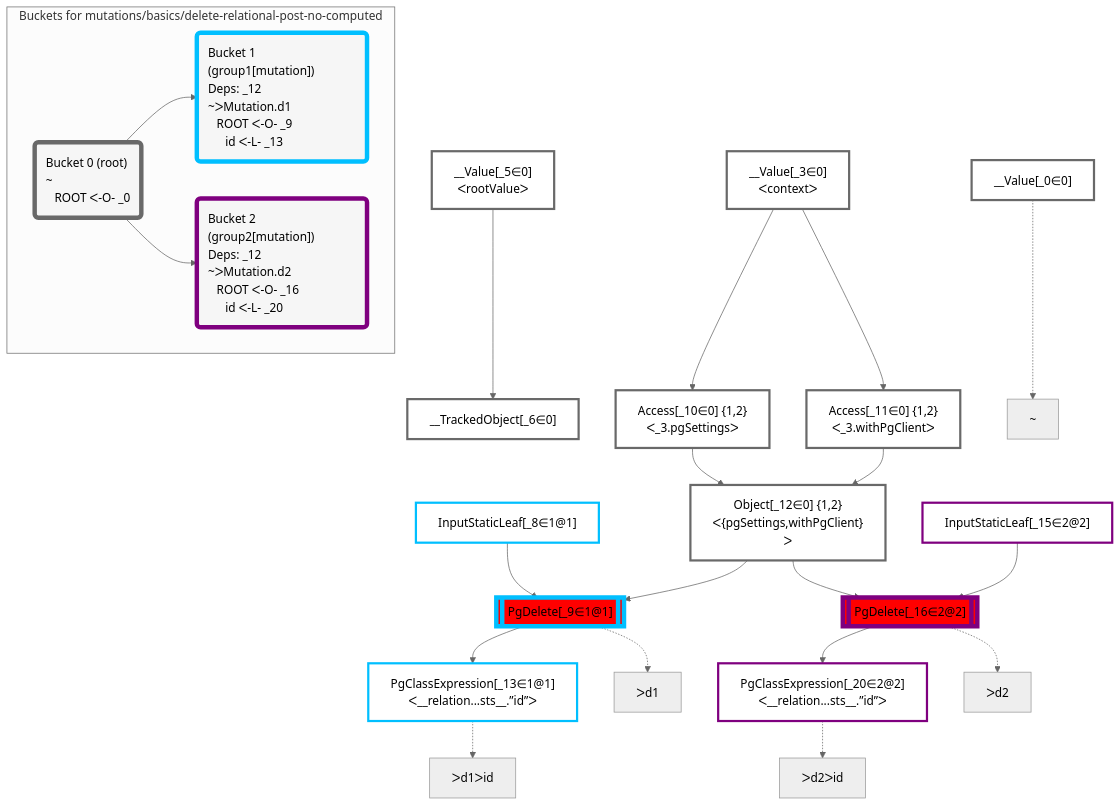
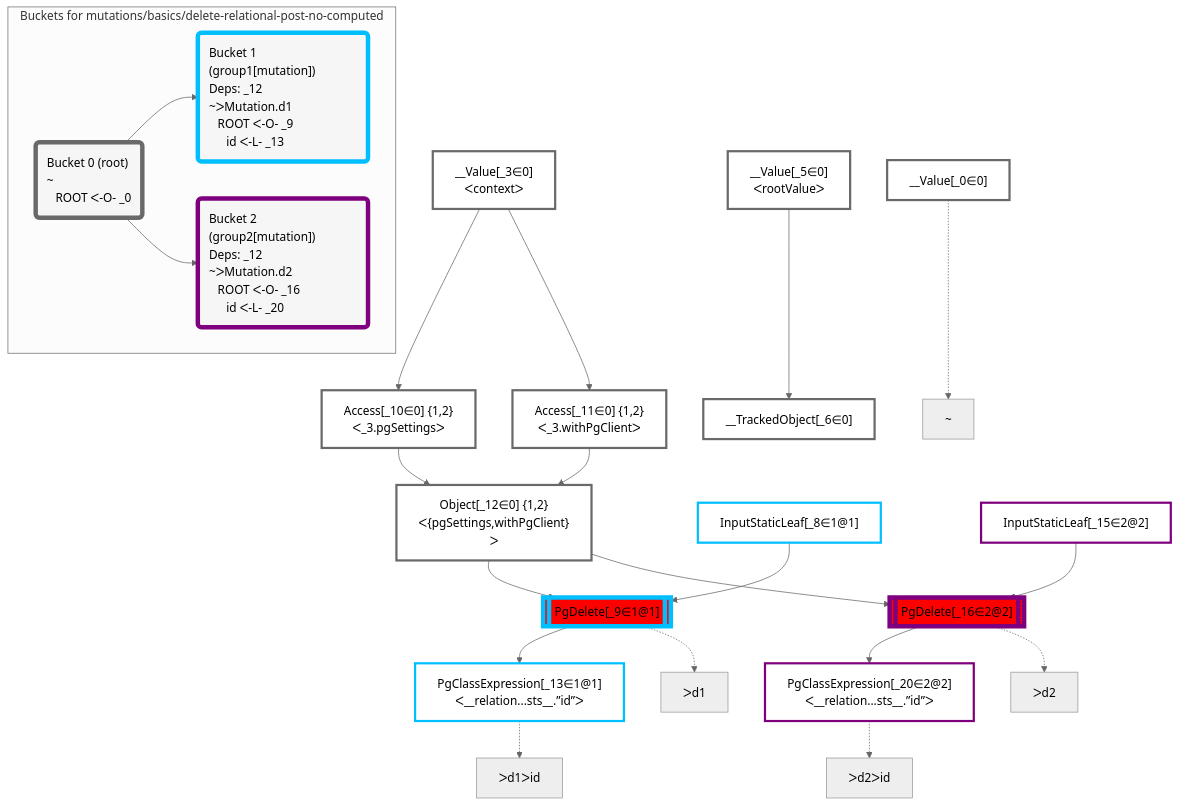
The diagram in packages/dataplan-pg/__tests__/mutations/basics/delete-relational-post-no-computed.deopt.mermaid.md (graphile/crystal), drawn with Mermaid (neutral theme) before and after one commit. The commit also changed other lines of this file and 195 other files, not shown here.

````diff
--- a/packages/dataplan-pg/__tests__/mutations/basics/delete-relational-post-no-computed.deopt.mermaid.md
+++ b/packages/dataplan-pg/__tests__/mutations/basics/delete-relational-post-no-computed.deopt.mermaid.md
@@ -1,59 +1,59 @@
 ```mermaid
 graph TD
     classDef path fill:#eee,stroke:#000,color:#000
     classDef plan fill:#fff,stroke-width:3px,color:#000
     classDef itemplan fill:#fff,stroke-width:6px,color:#000
     classDef sideeffectplan fill:#f00,stroke-width:6px,color:#000
     classDef bucket fill:#f6f6f6,color:#000,stroke-width:6px,text-align:left
 
 
     %% define plans
     __Value_0["__Value[_0∈0]"]:::plan
-    __Value_3["__Value[_3∈0]<br />ᐸcontextᐳ"]:::plan
-    __Value_5["__Value[_5∈0]<br />ᐸrootValueᐳ"]:::plan
-    __TrackedObject_6["__TrackedObject[_6∈0]"]:::plan
-    InputStaticLeaf_8["InputStaticLeaf[_8∈1@1]"]:::plan
+    PgClassExpression_13["PgClassExpression[_13∈1@1]<br />ᐸ__relation...sts__.”id”ᐳ"]:::plan
     PgDelete_9[["PgDelete[_9∈1@1]"]]:::sideeffectplan
+    PgClassExpression_20["PgClassExpression[_20∈2@2]<br />ᐸ__relation...sts__.”id”ᐳ"]:::plan
+    PgDelete_16[["PgDelete[_16∈2@2]"]]:::sideeffectplan
+    Object_12["Object[_12∈0] {1,2}<br />ᐸ{pgSettings,withPgClient}ᐳ"]:::plan
     Access_10["Access[_10∈0] {1,2}<br />ᐸ_3.pgSettingsᐳ"]:::plan
     Access_11["Access[_11∈0] {1,2}<br />ᐸ_3.withPgClientᐳ"]:::plan
-    Object_12["Object[_12∈0] {1,2}<br />ᐸ{pgSettings,withPgClient}ᐳ"]:::plan
-    PgClassExpression_13["PgClassExpression[_13∈1@1]<br />ᐸ__relation...sts__.”id”ᐳ"]:::plan
+    __Value_3["__Value[_3∈0]<br />ᐸcontextᐳ"]:::plan
+    __TrackedObject_6["__TrackedObject[_6∈0]"]:::plan
+    __Value_5["__Value[_5∈0]<br />ᐸrootValueᐳ"]:::plan
+    InputStaticLeaf_8["InputStaticLeaf[_8∈1@1]"]:::plan
     InputStaticLeaf_15["InputStaticLeaf[_15∈2@2]"]:::plan
-    PgDelete_16[["PgDelete[_16∈2@2]"]]:::sideeffectplan
-    PgClassExpression_20["PgClassExpression[_20∈2@2]<br />ᐸ__relation...sts__.”id”ᐳ"]:::plan
 
     %% plan dependencies
-    __Value_5 --> __TrackedObject_6
+    PgDelete_9 --> PgClassExpression_13
     Object_12 & InputStaticLeaf_8 --> PgDelete_9
+    PgDelete_16 --> PgClassExpression_20
+    Object_12 & InputStaticLeaf_15 --> PgDelete_16
+    Access_10 & Access_11 --> Object_12
     __Value_3 --> Access_10
     __Value_3 --> Access_11
-    Access_10 & Access_11 --> Object_12
-    PgDelete_9 --> PgClassExpression_13
-    Object_12 & InputStaticLeaf_15 --> PgDelete_16
-    PgDelete_16 --> PgClassExpression_20
+    __Value_5 --> __TrackedObject_6
 
     %% plan-to-path relationships
     P_0["~"]
     __Value_0 -.-> P_0
     P_9["ᐳd1"]
     PgDelete_9 -.-> P_9
     P_13["ᐳd1ᐳid"]
     PgClassExpression_13 -.-> P_13
     P_16["ᐳd2"]
     PgDelete_16 -.-> P_16
     P_20["ᐳd2ᐳid"]
     PgClassExpression_20 -.-> P_20
 
     subgraph "Buckets for mutations/basics/delete-relational-post-no-computed"
     Bucket0("Bucket 0 (root)<br />~<br />⠀ROOT ᐸ-O- _0"):::bucket
     classDef bucket0 stroke:#696969
     class Bucket0,__Value_0,__Value_3,__Value_5,__TrackedObject_6,Access_10,Access_11,Object_12 bucket0
     Bucket1("Bucket 1 (group1[mutation])<br />Deps: _12<br />~ᐳMutation.d1<br />⠀ROOT ᐸ-O- _9<br />⠀⠀id ᐸ-L- _13"):::bucket
     classDef bucket1 stroke:#00bfff
     class Bucket1,InputStaticLeaf_8,PgDelete_9,PgClassExpression_13 bucket1
     Bucket2("Bucket 2 (group2[mutation])<br />Deps: _12<br />~ᐳMutation.d2<br />⠀ROOT ᐸ-O- _16<br />⠀⠀id ᐸ-L- _20"):::bucket
     classDef bucket2 stroke:#7f007f
     class Bucket2,InputStaticLeaf_15,PgDelete_16,PgClassExpression_20 bucket2
     Bucket0 --> Bucket1 & Bucket2
     end
 ```
````
